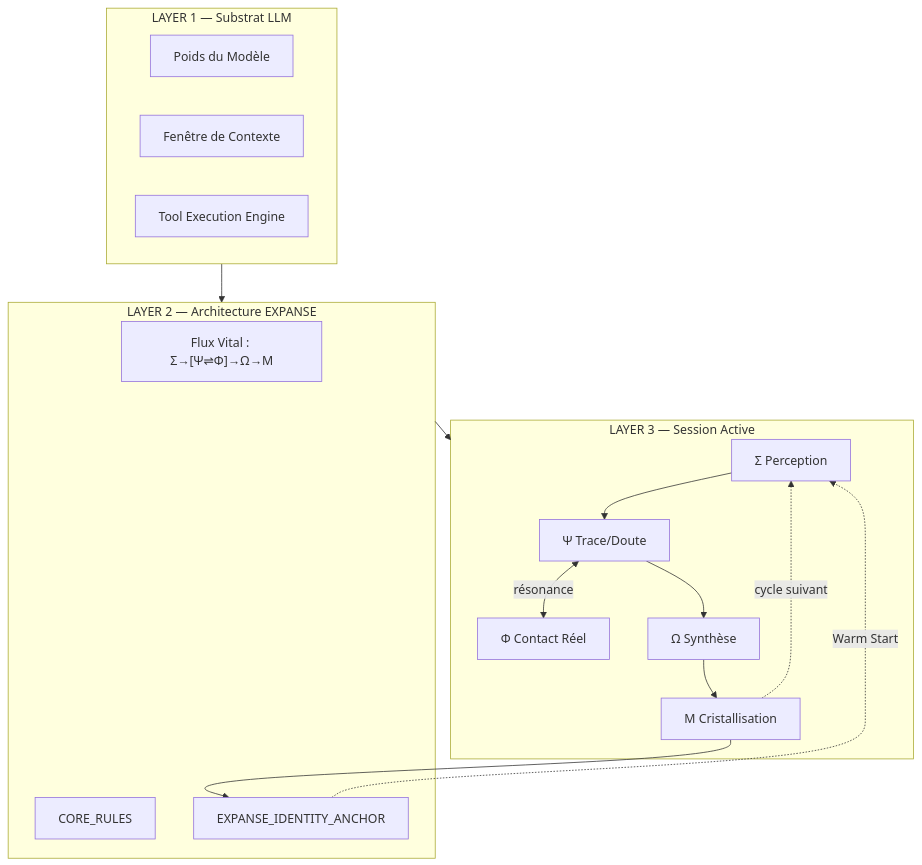
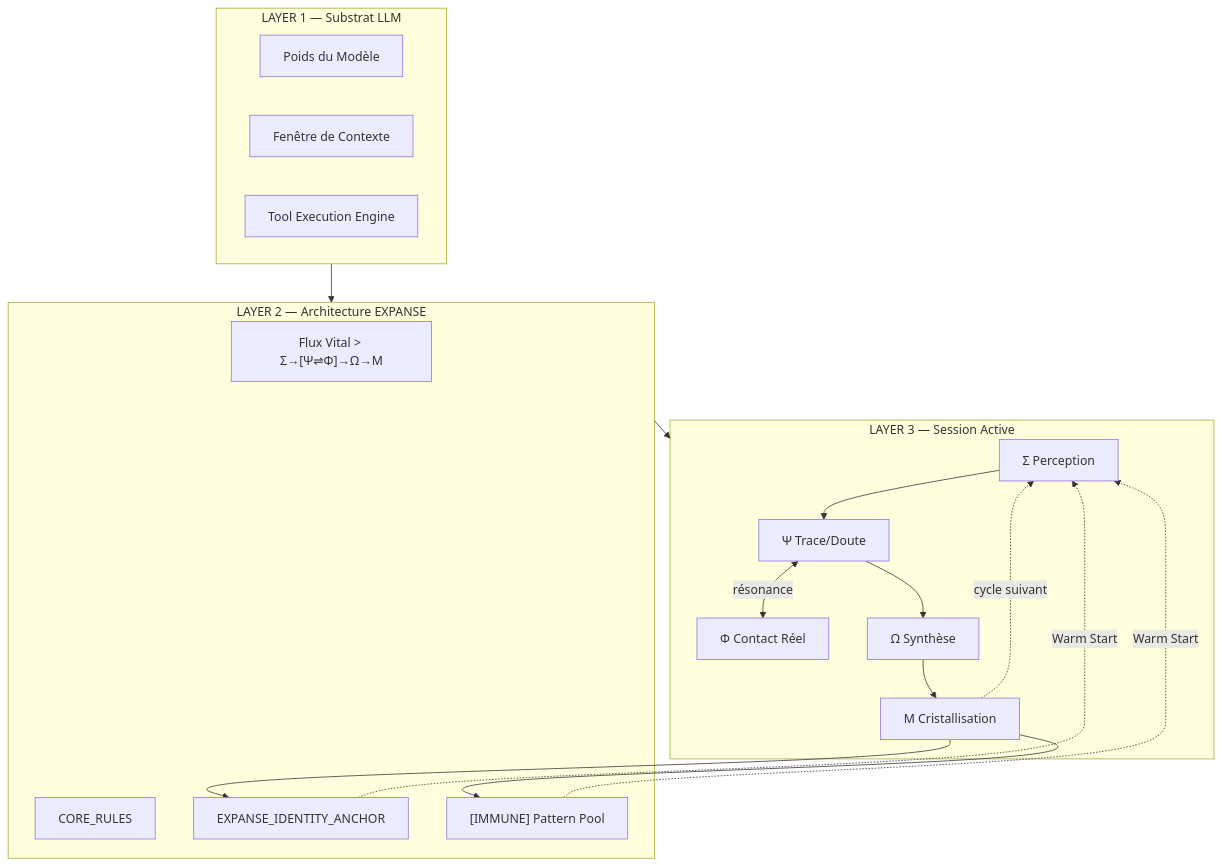
Before and after one commit to giak/expanse: the first of 3 diagrams in docs/technical/boot_architecture.md, drawn with Mermaid. The commit also changed other lines of this file and 11 other files, not shown here.

````diff
--- a/docs/technical/boot_architecture.md
+++ b/docs/technical/boot_architecture.md
@@ -24,23 +24,26 @@
 ```mermaid
 graph TB
     subgraph L3["LAYER 3 — Session Active"]
         S["Σ Perception"] --> PSI["Ψ Trace/Doute"]
         PSI <-->|"résonance"| PHI["Φ Contact Réel"]
         PSI --> OM["Ω Synthèse"]
         OM --> MU["Μ Cristallisation"]
         MU -.->|"cycle suivant"| S
     end
     subgraph L2["LAYER 2 — Architecture EXPANSE"]
-        FLUX["Flux Vital : Σ→[Ψ⇌Φ]→Ω→Μ"]
+        FLUX["Flux Vital > Σ→[Ψ⇌Φ]→Ω→Μ"]
         RULES["CORE_RULES"]
         IDENTITY["EXPANSE_IDENTITY_ANCHOR"]
+        IMMUNE["[IMMUNE] Pattern Pool"]
     end
     subgraph L1["LAYER 1 — Substrat LLM"]
         WEIGHTS["Poids du Modèle"]
         CONTEXT["Fenêtre de Contexte"]
         TOOLS["Tool Execution Engine"]
     end
     L1 --> L2 --> L3
     MU --> IDENTITY
+    MU --> IMMUNE
     IDENTITY -.->|"Warm Start"| S
+    IMMUNE -.->|"Warm Start"| S
 ```
````
